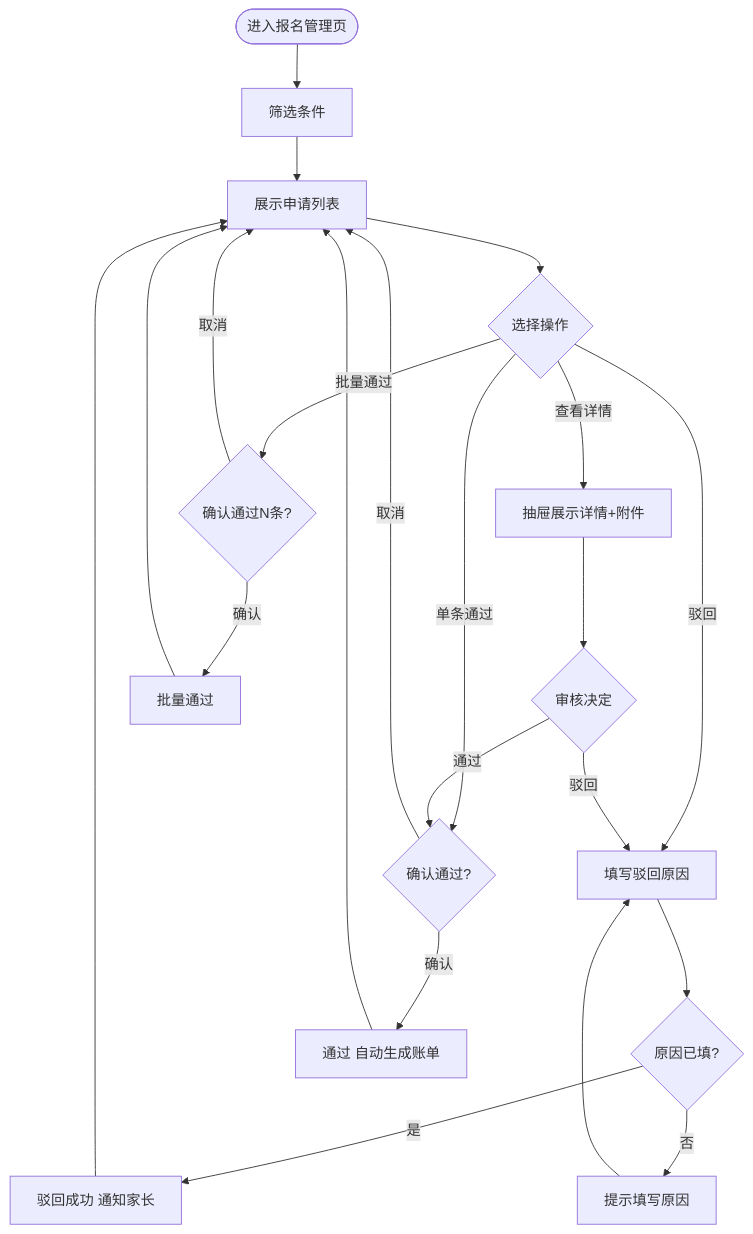
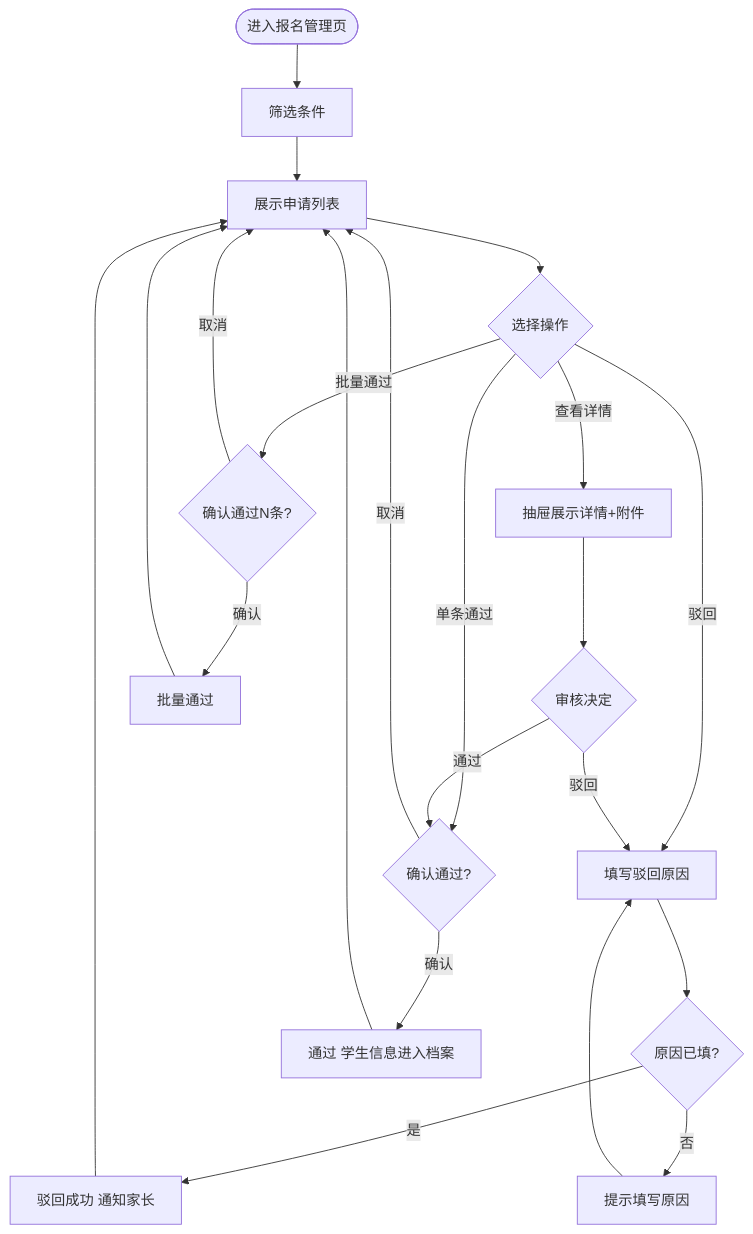
One commit to wxiang188/kindergarten-registration changed the sixth of 12 diagrams in SRS.md. Above: the diagram before and after it, drawn with Mermaid. The commit also changed other lines of this file and 10 other files, not shown here.

````diff
--- a/SRS.md
+++ b/SRS.md
@@ -968,24 +758,24 @@
 ```mermaid
 flowchart TD
     Start([进入报名管理页]) --> Search[筛选条件]
     Search --> List[展示申请列表]
     List --> Choose{选择操作}
     Choose -->|查看详情| Detail[抽屉展示详情+附件]
     Choose -->|单条通过| PassConfirm{确认通过?}
     Choose -->|批量通过| BatchConfirm{确认通过N条?}
     Choose -->|驳回| RejectForm[填写驳回原因]
     RejectForm --> V{原因已填?}
     V -->|是| RejectOK[驳回成功 通知家长]
     V -->|否| RejectErr[提示填写原因]
     RejectErr --> RejectForm
     Detail --> Decide{审核决定}
     Decide -->|通过| PassConfirm
     Decide -->|驳回| RejectForm
-    PassConfirm -->|确认| PassOK[通过 自动生成账单]
+    PassConfirm -->|确认| PassOK[通过 学生信息进入档案]
     PassConfirm -->|取消| List
     BatchConfirm -->|确认| BatchOK[批量通过]
     BatchConfirm -->|取消| List
     RejectOK --> List
     PassOK --> List
     BatchOK --> List
 ```
````
